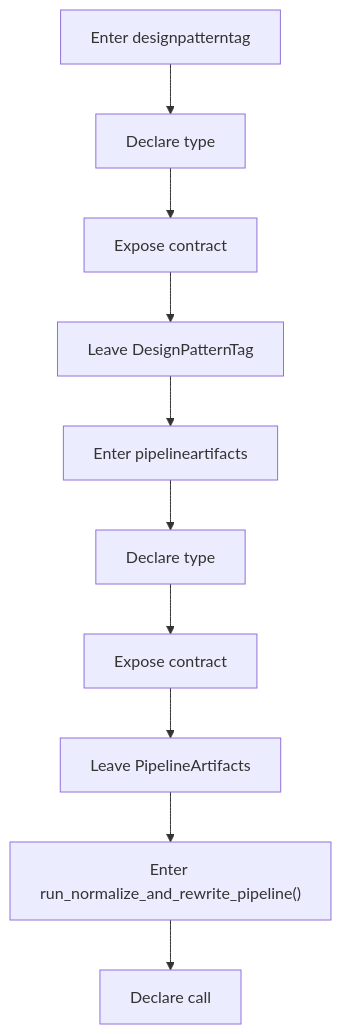
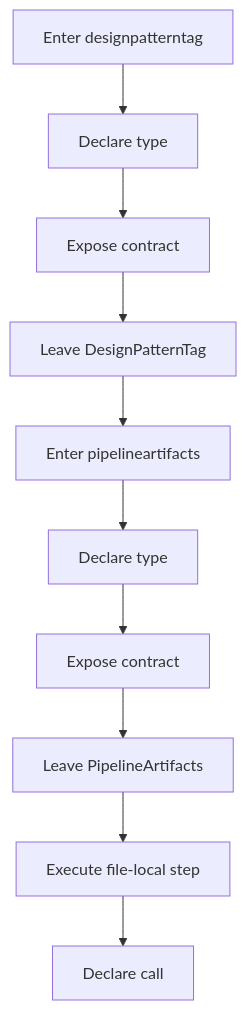
Before and after one commit to JohnAndrewBalbarosa/NeoTerritory: the second of 8 diagrams in docs/Codebase/Microservice/Modules/Header/SyntacticBrokenAST/OutputGeneration/Contracts/algorithm_pipeline.hpp.md, drawn with Mermaid. The commit also changed other lines of this file and 925 other files, not shown here.

````diff
--- a/docs/Codebase/Microservice/Modules/Header/SyntacticBrokenAST/OutputGeneration/Contracts/algorithm_pipeline.hpp.md
+++ b/docs/Codebase/Microservice/Modules/Header/SyntacticBrokenAST/OutputGeneration/Contracts/algorithm_pipeline.hpp.md
@@ -56,22 +55,22 @@
 ```mermaid
 flowchart TD
     N0["Enter designpatterntag"]
     N1["Declare type"]
     N2["Expose contract"]
     N3["Leave DesignPatternTag"]
     N4["Enter pipelineartifacts"]
     N5["Declare type"]
     N6["Expose contract"]
     N7["Leave PipelineArtifacts"]
-    N8["Enter run_normalize_and_rewrite_pipeline()"]
+    N8["Execute file-local step"]
     N9["Declare call"]
     N0 --> N1
     N1 --> N2
     N2 --> N3
     N3 --> N4
     N4 --> N5
     N5 --> N6
     N6 --> N7
     N7 --> N8
     N8 --> N9
 ```
````
